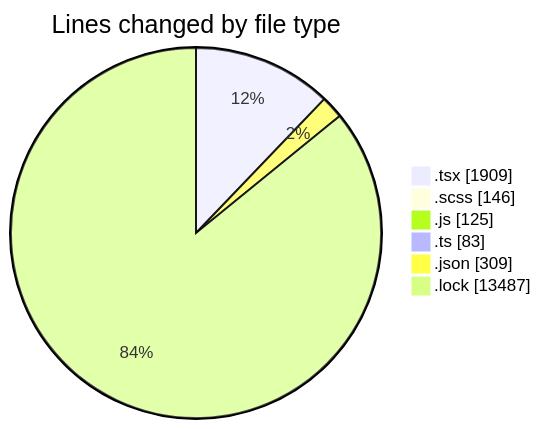
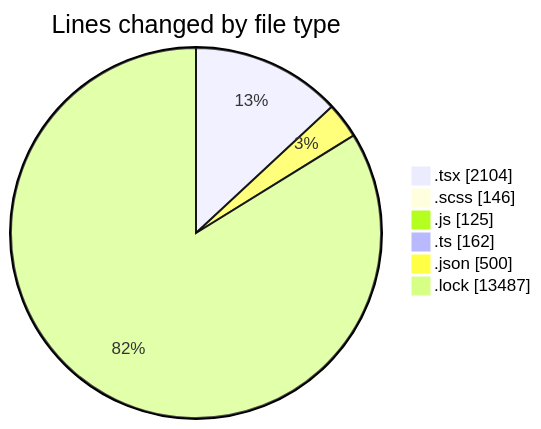
The first of 2 diagrams in 2026-04-24/cda/README.md (momahboobian/code-tracking), drawn with Mermaid before and after one commit. The commit also changed other lines of this file and 1 other file, not shown here.

````diff
--- a/2026-04-24/cda/README.md
+++ b/2026-04-24/cda/README.md
@@ -35,10 +36,10 @@
 ```mermaid
 pie showData
 title Lines changed by file type
-".tsx" : 1909
+".tsx" : 2104
 ".scss" : 146
 ".js" : 125
-".ts" : 83
-".json" : 309
+".ts" : 162
+".json" : 500
 ".lock" : 13487
 ```
````
